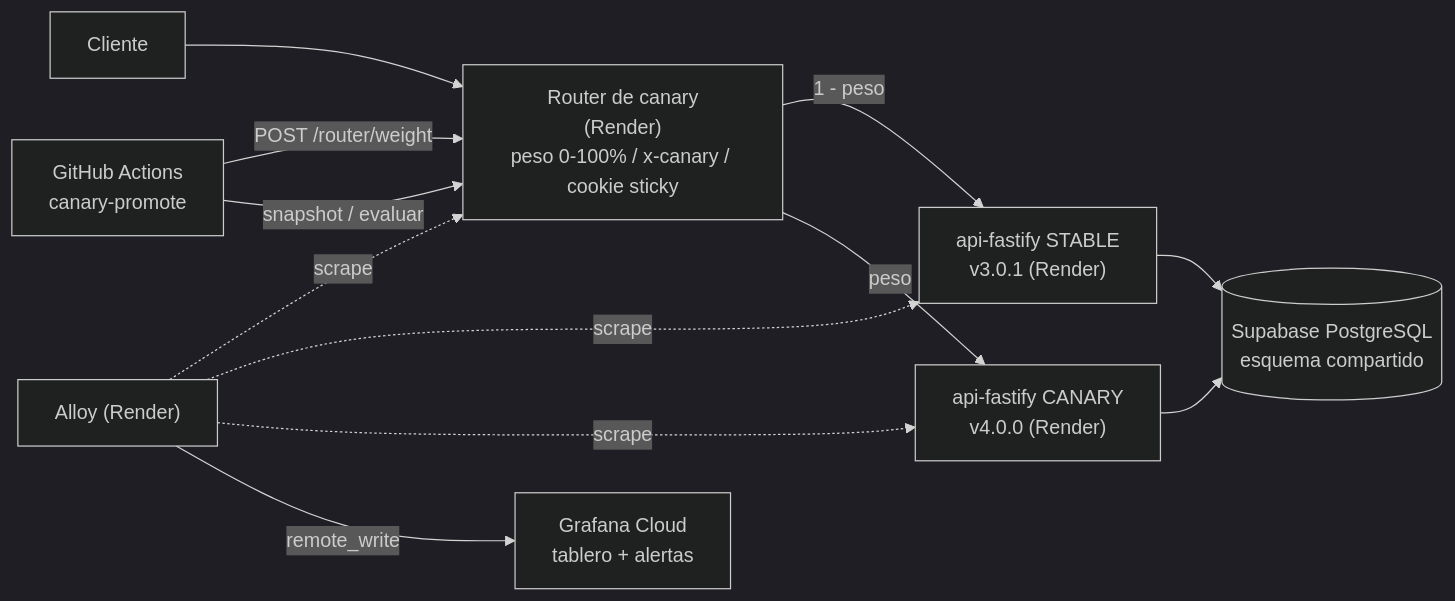
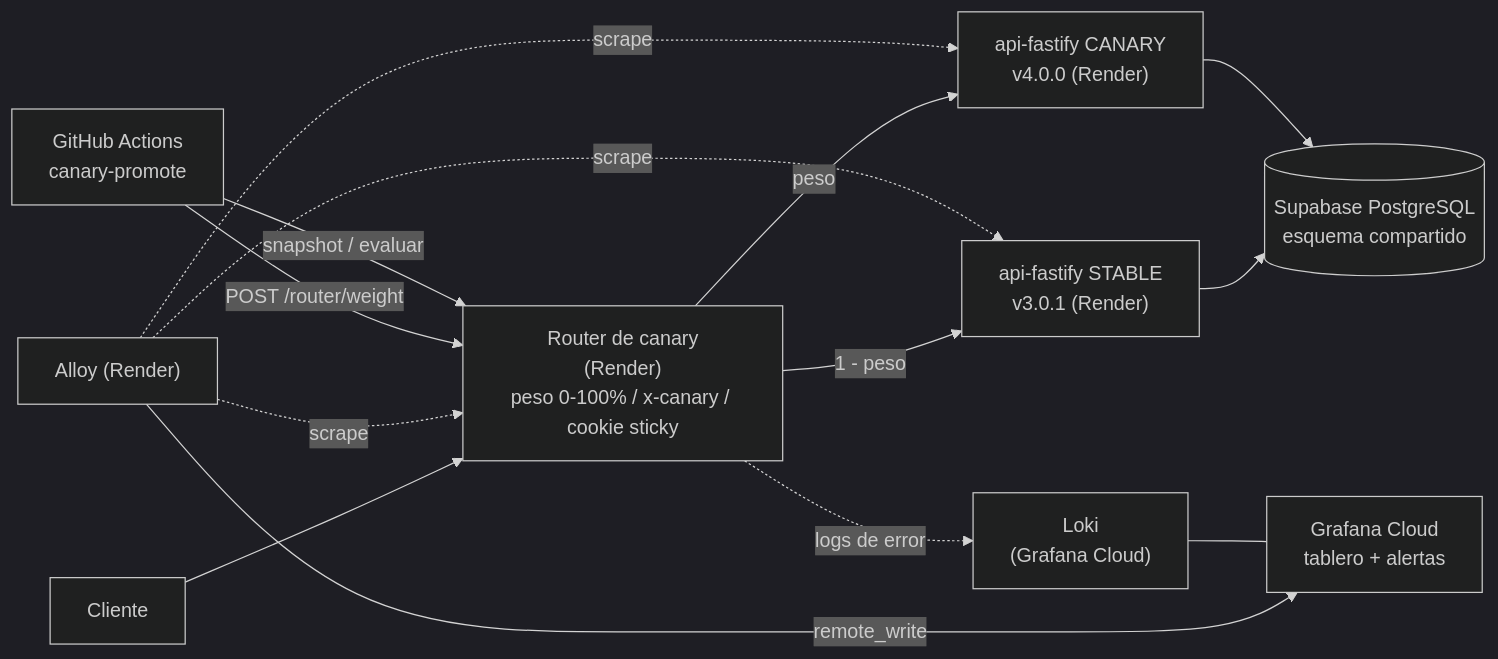
Before and after one commit to BETO1274/api-fastify: the fourth of 4 diagrams in README.md, drawn with Mermaid (dark theme). The commit also changed 1 other file, not shown here.

Commit message:
📝 :memo: agregar Loki al diagrama del README y documentar el panel de errores 4xx

````diff
--- a/README.md
+++ b/README.md
@@ -315,14 +315,16 @@
 ```mermaid
 flowchart LR
     C[Cliente] --> R["Router de canary<br/>(Render)<br/>peso 0-100% / x-canary / cookie sticky"]
     R -->|"1 - peso"| S["api-fastify STABLE<br/>v3.0.1 (Render)"]
     R -->|"peso"| K["api-fastify CANARY<br/>v4.0.0 (Render)"]
     S --> DB[("Supabase PostgreSQL<br/>esquema compartido")]
     K --> DB
     A["Alloy (Render)"] -.scrape.-> R
     A -.scrape.-> S
     A -.scrape.-> K
     A -->|remote_write| G["Grafana Cloud<br/>tablero + alertas"]
+    R -.logs de error.-> L["Loki<br/>(Grafana Cloud)"]
+    L --- G
     GH["GitHub Actions<br/>canary-promote"] -->|"POST /router/weight"| R
     GH -->|"snapshot / evaluar"| R
 ```
````
